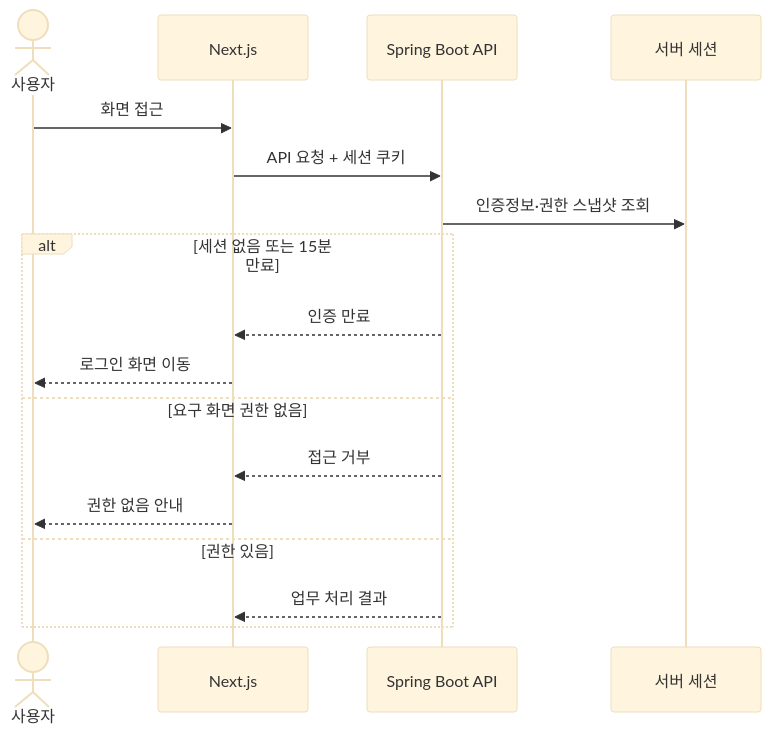
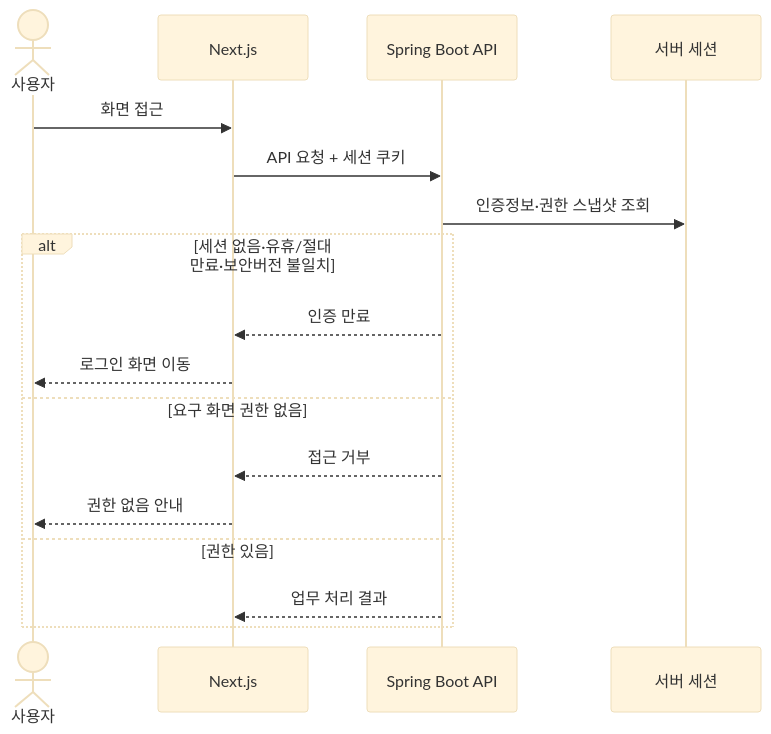
Before and after one commit to MrKkondae/business-management-system: the third of 3 diagrams in docs/03.application-development/02.design/01.common/01.authentication-authorization-design.md, drawn with Mermaid (base theme). The commit also changed other lines of this file and 25 other files, not shown here.

````diff
--- a/docs/03.application-development/02.design/01.common/01.authentication-authorization-design.md
+++ b/docs/03.application-development/02.design/01.common/01.authentication-authorization-design.md
@@ -275,20 +284,20 @@
 ```mermaid
 sequenceDiagram
     actor U as 사용자
     participant W as Next.js
     participant A as Spring Boot API
     participant S as 서버 세션
 
     U->>W: 화면 접근
     W->>A: API 요청 + 세션 쿠키
     A->>S: 인증정보·권한 스냅샷 조회
-    alt 세션 없음 또는 15분 만료
+    alt 세션 없음·유휴/절대 만료·보안버전 불일치
         A-->>W: 인증 만료
         W-->>U: 로그인 화면 이동
     else 요구 화면 권한 없음
         A-->>W: 접근 거부
         W-->>U: 권한 없음 안내
     else 권한 있음
         A-->>W: 업무 처리 결과
     end
 ```
````
